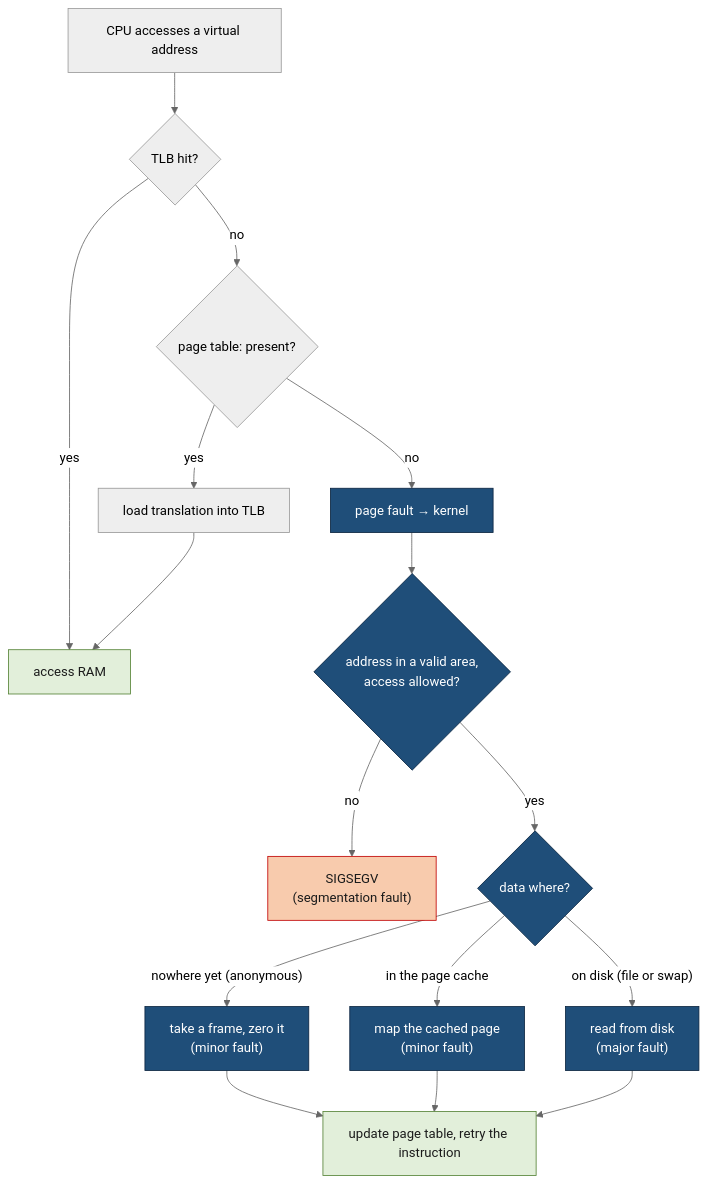
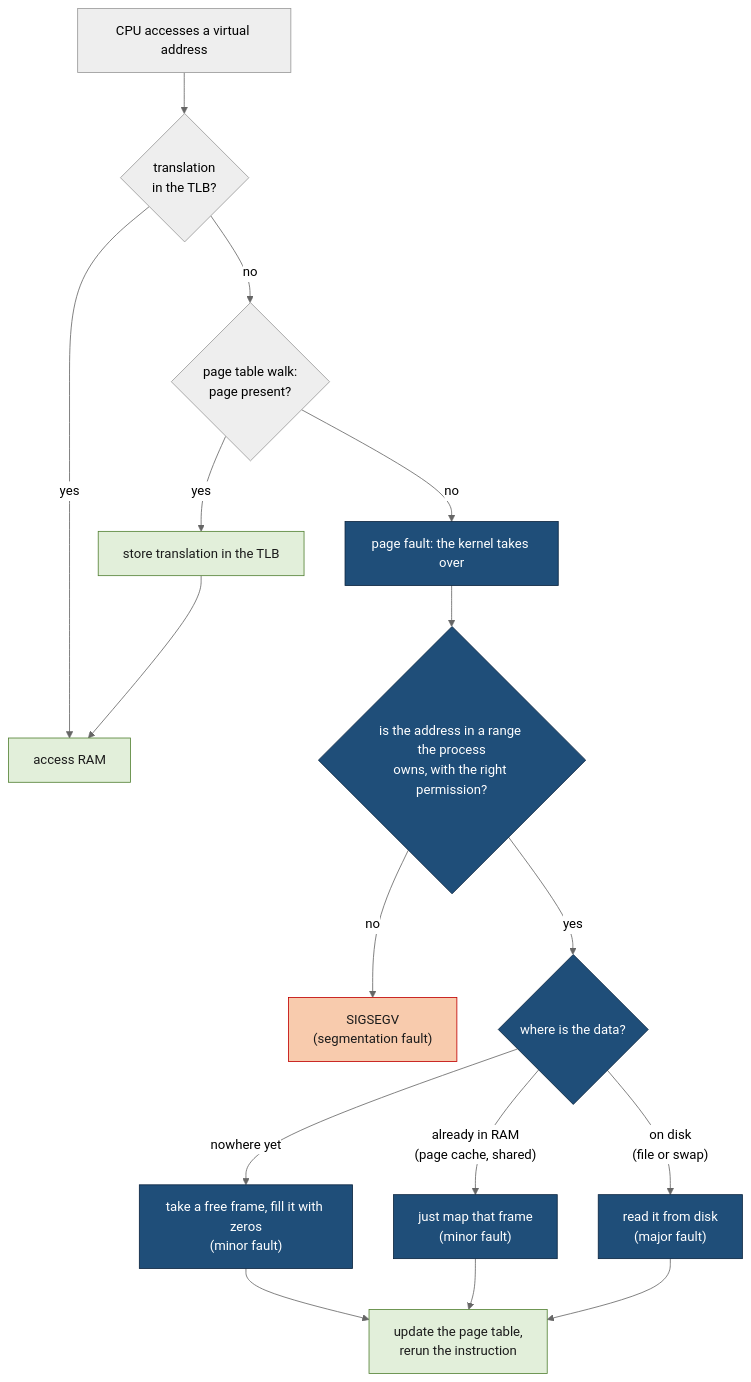
The third of 3 diagrams in Areas/Operating systems/Memory/Virtual memory.md (IhebBelhadj/second_brain), drawn with Mermaid (neutral theme) before and after one commit. The commit also changed other lines of this file and 2 other files, not shown here.

````diff
--- a/Areas/Operating systems/Memory/Virtual memory.md
+++ b/Areas/Operating systems/Memory/Virtual memory.md
@@ -165,23 +222,23 @@
 ```mermaid
 flowchart TB
-    A["CPU accesses a virtual address"] --> B{"TLB hit?"}
+    A["CPU accesses a virtual address"] --> B{"translation<br/>in the TLB?"}
     B -- "yes" --> OK["access RAM"]
-    B -- "no" --> C{"page table: present?"}
-    C -- "yes" --> D["load translation into TLB"] --> OK
-    C -- "no" --> E["page fault → kernel"]
-    E --> F{"address in a valid area,<br/>access allowed?"}
+    B -- "no" --> C{"page table walk:<br/>page present?"}
+    C -- "yes" --> D["store translation in the TLB"] --> OK
+    C -- "no" --> E["page fault: the kernel takes over"]
+    E --> F{"is the address in a range the process<br/>owns, with the right permission?"}
     F -- "no" --> SEGV["SIGSEGV<br/>(segmentation fault)"]
-    F -- "yes" --> G{"data where?"}
-    G -- "nowhere yet (anonymous)" --> Z["take a frame, zero it<br/>(minor fault)"]
-    G -- "in the page cache" --> M["map the cached page<br/>(minor fault)"]
-    G -- "on disk (file or swap)" --> IO["read from disk<br/>(major fault)"]
-    Z --> R["update page table, retry the instruction"]
+    F -- "yes" --> G{"where is the data?"}
+    G -- "nowhere yet" --> Z["take a free frame, fill it with zeros<br/>(minor fault)"]
+    G -- "already in RAM<br/>(page cache, shared)" --> M["just map that frame<br/>(minor fault)"]
+    G -- "on disk<br/>(file or swap)" --> IO["read it from disk<br/>(major fault)"]
+    Z --> R["update the page table,<br/>rerun the instruction"]
     M --> R
     IO --> R
     classDef ok fill:#e2efda,stroke:#548235,color:#1b1b1b
     classDef bad fill:#f8cbad,stroke:#c00000,color:#1b1b1b
     classDef kern fill:#1f4e79,stroke:#0b2540,color:#ffffff
-    class OK,R ok
+    class OK,R,D ok
     class SEGV bad
     class E,F,G,Z,M,IO kern
 ```
````
